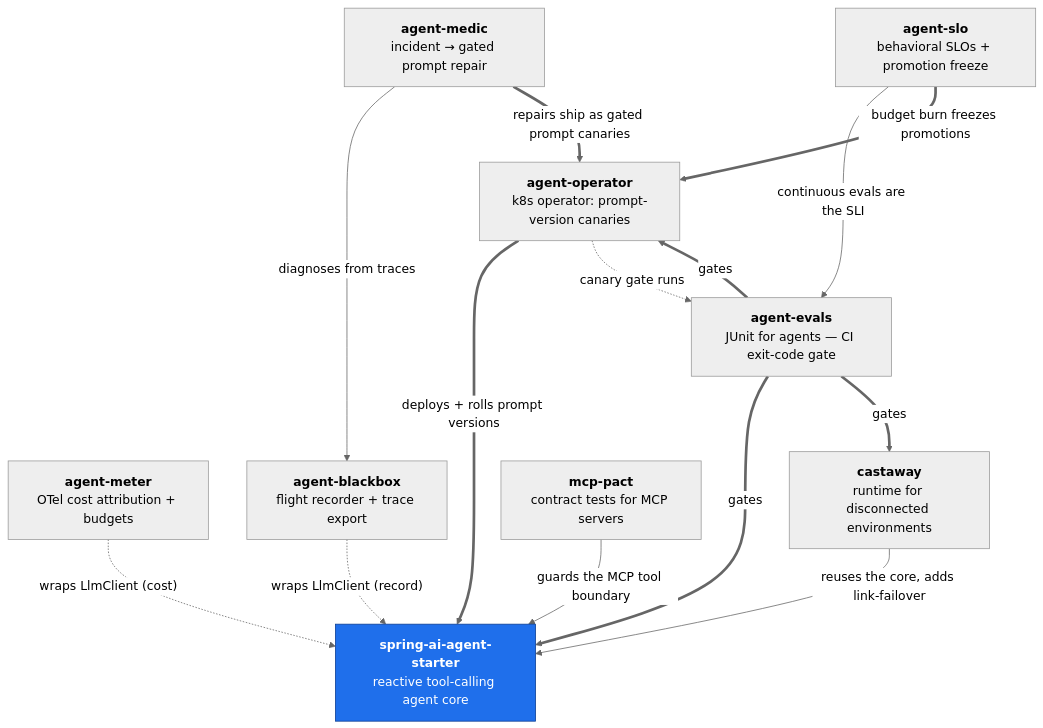
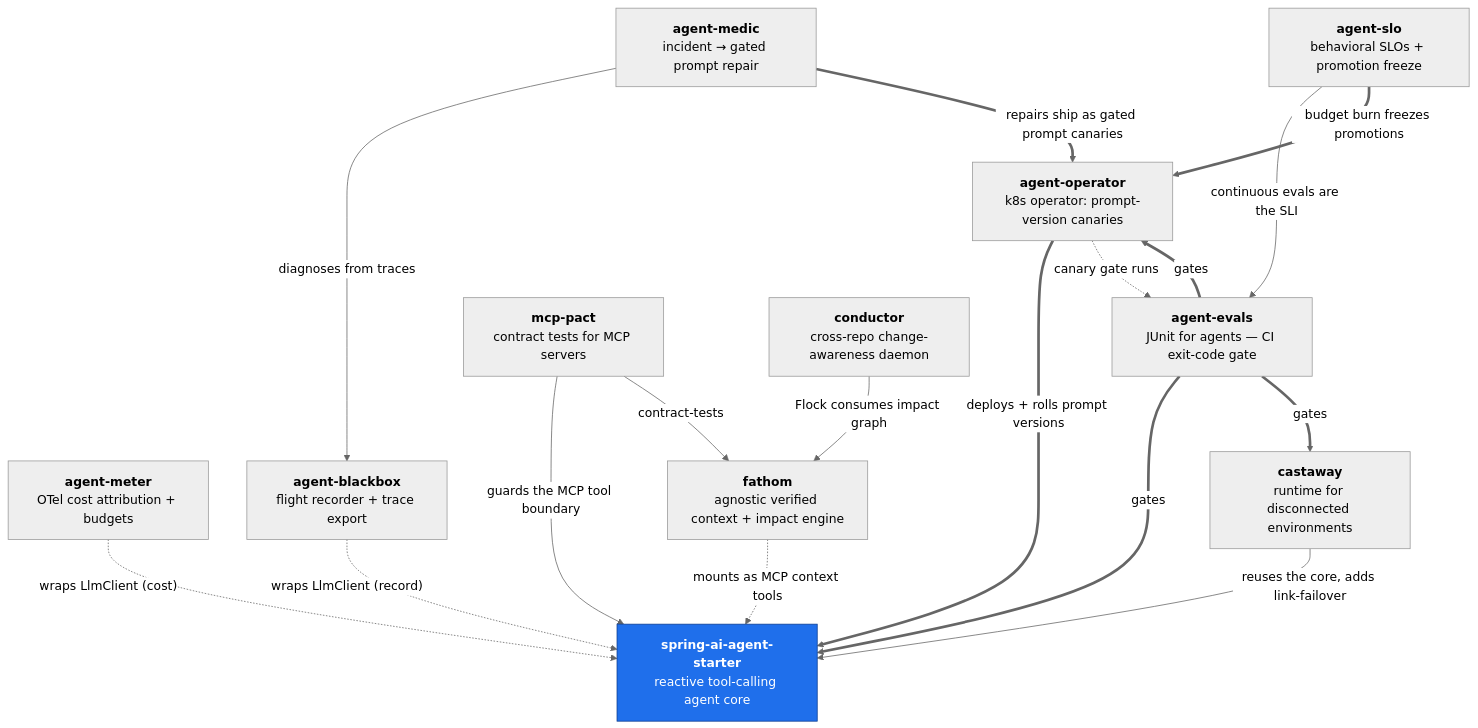
Before and after one commit to hhagenbuch/hhagenbuch: the diagram in README.md, drawn with Mermaid (neutral theme). The commit also changed other lines of this file, not shown here.

First line of the commit message:
Add fathom and conductor to the platform diagram and repo list (#4)

````diff
--- a/README.md
+++ b/README.md
@@ -17,30 +17,35 @@
 ```mermaid
 flowchart TB
     starter["<b>spring-ai-agent-starter</b><br/>reactive tool-calling agent core"]
 
     meter["<b>agent-meter</b><br/>OTel cost attribution + budgets"]
     blackbox["<b>agent-blackbox</b><br/>flight recorder + trace export"]
     castaway["<b>castaway</b><br/>runtime for disconnected environments"]
     operator["<b>agent-operator</b><br/>k8s operator: prompt-version canaries"]
     evals["<b>agent-evals</b><br/>JUnit for agents — CI exit-code gate"]
     mcppact["<b>mcp-pact</b><br/>contract tests for MCP servers"]
     medic["<b>agent-medic</b><br/>incident &rarr; gated prompt repair"]
     slo["<b>agent-slo</b><br/>behavioral SLOs + promotion freeze"]
+    fathom["<b>fathom</b><br/>agnostic verified context + impact engine"]
+    conductor["<b>conductor</b><br/>cross-repo change-awareness daemon"]
 
     meter -. "wraps LlmClient (cost)" .-> starter
     blackbox -. "wraps LlmClient (record)" .-> starter
     mcppact -->|"guards the MCP tool boundary"| starter
     castaway -->|"reuses the core, adds link-failover"| starter
     operator ==>|"deploys + rolls prompt versions"| starter
     operator -. "canary gate runs" .-> evals
     evals ==>|gates| starter
     evals ==>|gates| castaway
     evals ==>|gates| operator
     medic -->|"diagnoses from traces"| blackbox
     medic ==>|"repairs ship as gated prompt canaries"| operator
     slo -->|"continuous evals are the SLI"| evals
     slo ==>|"budget burn freezes promotions"| operator
+    fathom -. "mounts as MCP context tools" .-> starter
+    mcppact -->|"contract-tests"| fathom
+    conductor -->|"Flock consumes impact graph"| fathom
 
     classDef core fill:#1f6feb,stroke:#0b3d91,color:#fff;
     class starter core;
 ```
````
